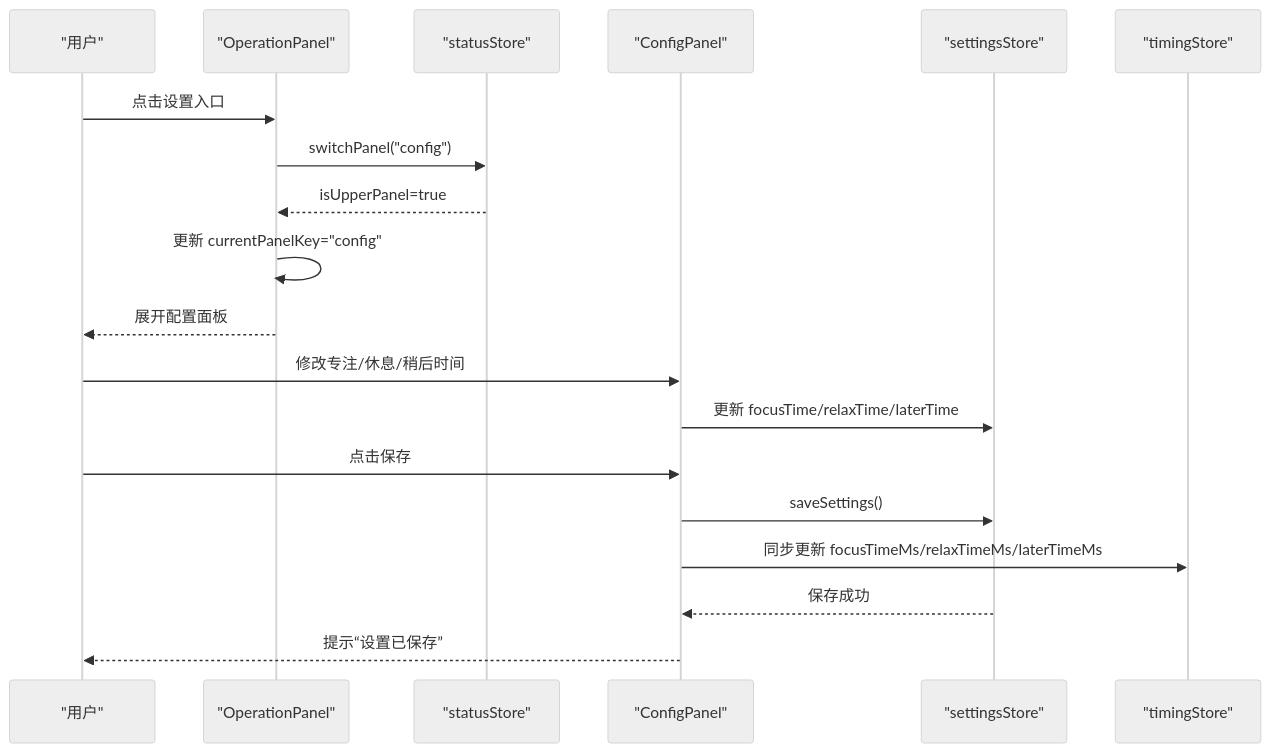
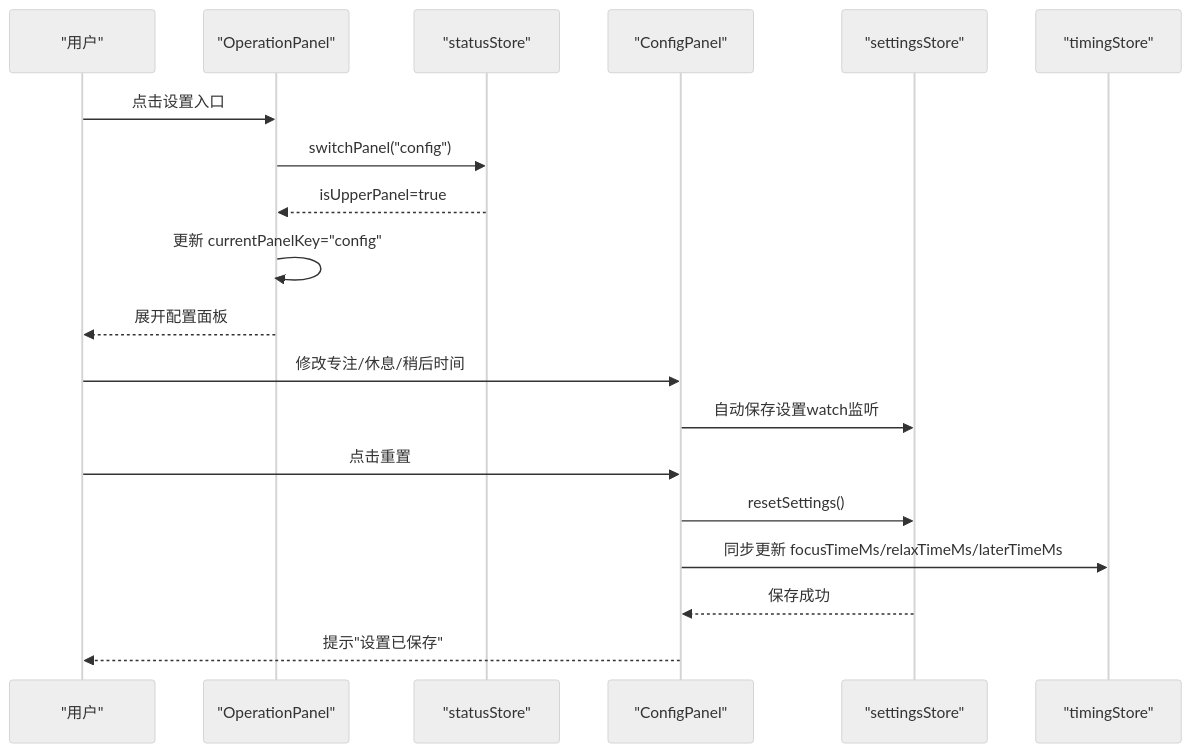
Before and after one commit to kqcoxn/utools-releax-tip: the second of 6 diagrams in .qoder/repowiki/zh/content/核心组件/操作面板组件.md, drawn with Mermaid (neutral theme). The commit also changed other lines of this file and 4 other files, not shown here.

````diff
--- a/.qoder/repowiki/zh/content/核心组件/操作面板组件.md
+++ b/.qoder/repowiki/zh/content/核心组件/操作面板组件.md
@@ -111,21 +111,21 @@
 ```mermaid
 sequenceDiagram
 participant U as "用户"
 participant OP as "OperationPanel"
 participant SS as "statusStore"
 participant CP as "ConfigPanel"
 participant SSS as "settingsStore"
 participant TS as "timingStore"
 U->>OP : 点击设置入口
 OP->>SS : switchPanel("config")
 SS-->>OP : isUpperPanel=true
 OP->>OP : 更新 currentPanelKey="config"
 OP-->>U : 展开配置面板
 U->>CP : 修改专注/休息/稍后时间
-CP->>SSS : 更新 focusTime/relaxTime/laterTime
-U->>CP : 点击保存
-CP->>SSS : saveSettings()
+CP->>SSS : 自动保存设置watch监听
+U->>CP : 点击重置
+CP->>SSS : resetSettings()
 CP->>TS : 同步更新 focusTimeMs/relaxTimeMs/laterTimeMs
 SSS-->>CP : 保存成功
-CP-->>U : 提示“设置已保存”
+CP-->>U : 提示"设置已保存"
 ```
````
